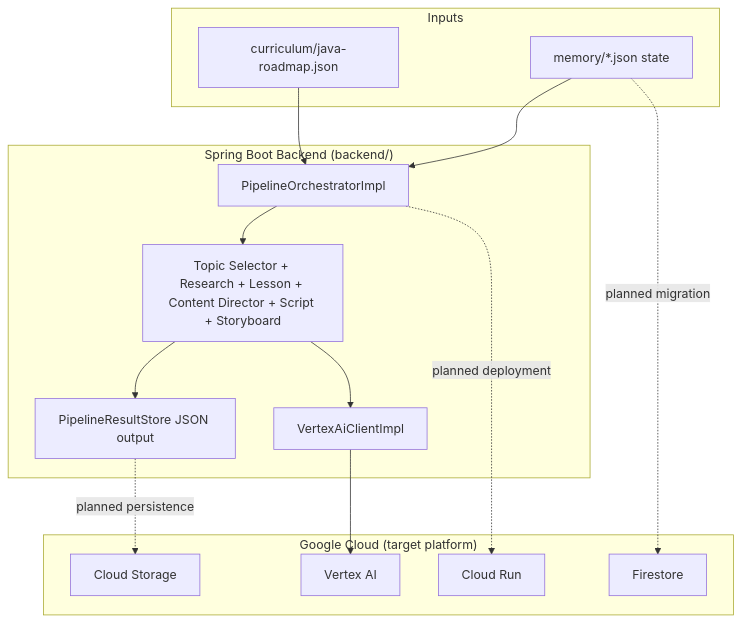
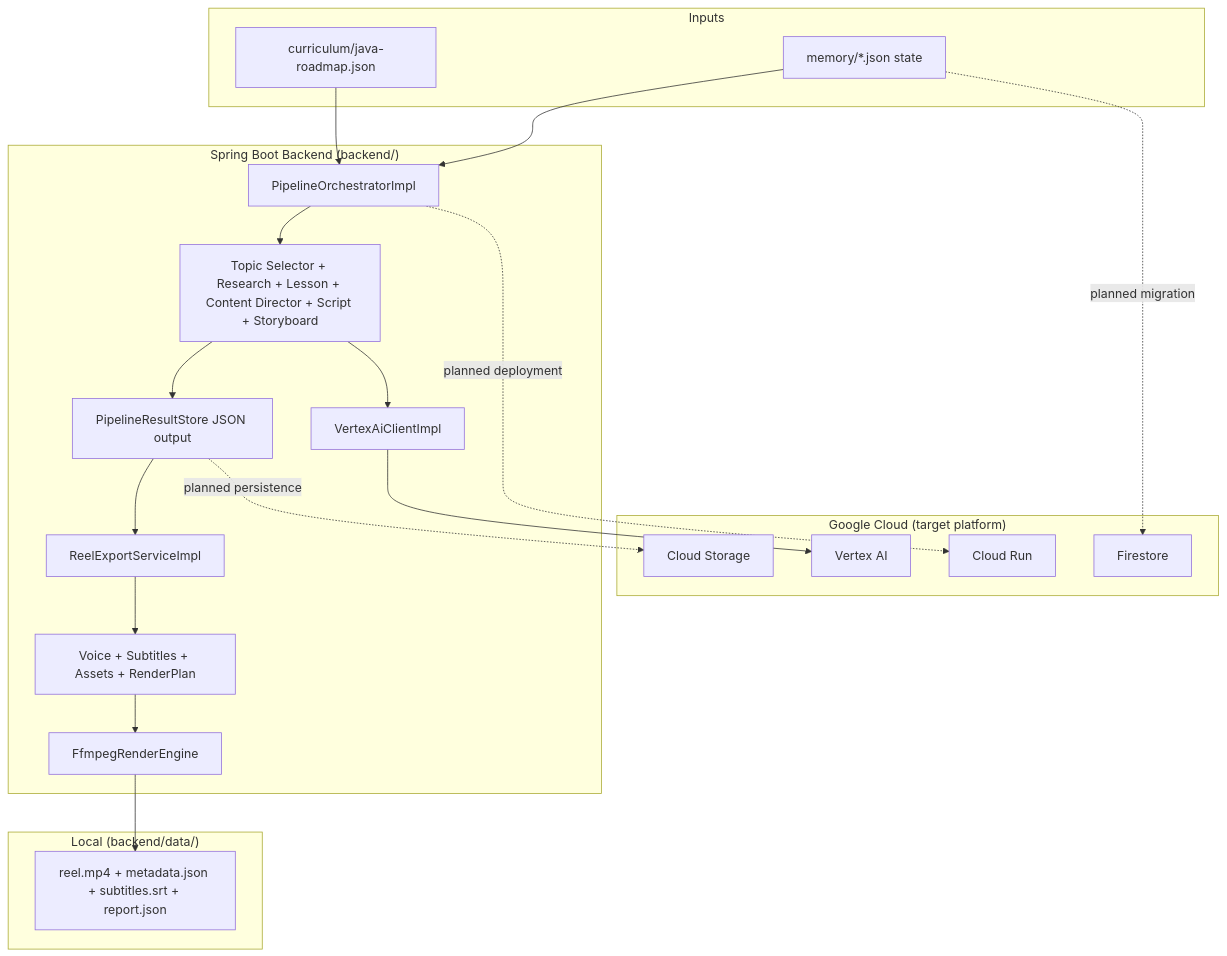
One commit to MNSamarth/ForgeBrain changed the second of 2 diagrams in README.md. Above: the diagram before and after it, drawn with Mermaid. The commit also changed other lines of this file and 55 other files, not shown here.

First line of the commit message:
feat: reel export pipeline, job orchestration, and cloud-ready output storage

````diff
--- a/README.md
+++ b/README.md
@@ -29,29 +32,38 @@
 ```mermaid
 flowchart TB
     subgraph Inputs
         CURR[curriculum/java-roadmap.json]
         MEM[memory/*.json state]
     end
 
     subgraph Backend["Spring Boot Backend (backend/)"]
         ORCH[PipelineOrchestratorImpl]
         BRAIN[Topic Selector + Research + Lesson + Content Director + Script + Storyboard]
+        EXPORT[ReelExportServiceImpl]
+        PROD[Voice + Subtitles + Assets + RenderPlan]
         RESULT[PipelineResultStore JSON output]
         VERTEX[VertexAiClientImpl]
+        FFMPEG[FfmpegRenderEngine]
+    end
+
+    subgraph Local["Local (backend/data/)"]
+        MP4[reel.mp4 + metadata.json + subtitles.srt + report.json]
     end
 
     subgraph GCP["Google Cloud (target platform)"]
         VAI[Vertex AI]
         GCS[Cloud Storage]
         FS[Firestore]
         CR[Cloud Run]
     end
 
     CURR --> ORCH
     MEM --> ORCH
     ORCH --> BRAIN --> RESULT
     BRAIN --> VERTEX --> VAI
+    RESULT --> EXPORT
+    EXPORT --> PROD --> FFMPEG --> MP4
     RESULT -. planned persistence .-> GCS
     MEM -. planned migration .-> FS
     ORCH -. planned deployment .-> CR
 ```
````
